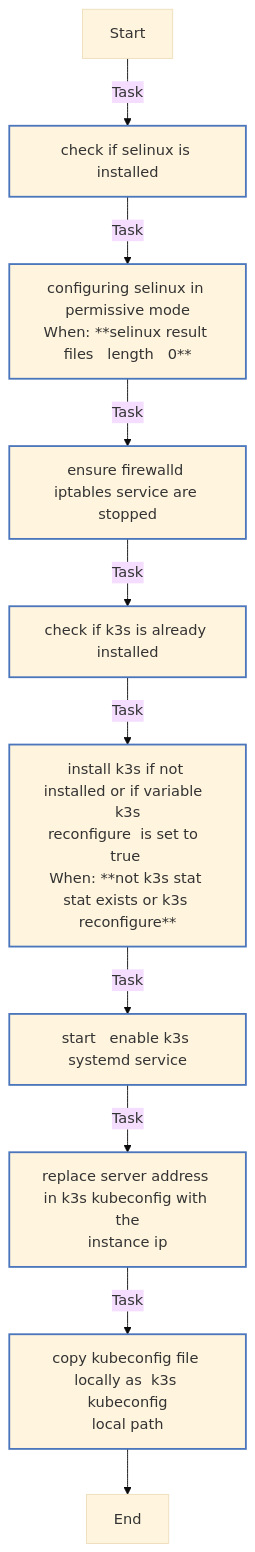
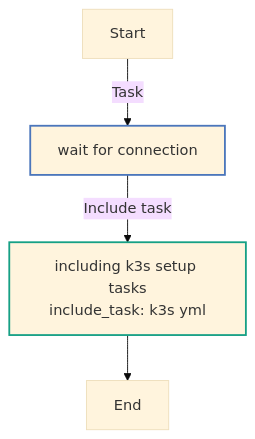
One commit to lesposito87/ansible-role-k3s changed the second of 2 diagrams in README.md. Above: the diagram before and after it, drawn with Mermaid (base theme). The commit also changed other lines of this file, not shown here.

````diff
--- a/README.md
+++ b/README.md
@@ -89,22 +98,16 @@
 ```mermaid
 flowchart TD
 Start
 classDef block stroke:#3498db,stroke-width:2px;
 classDef task stroke:#4b76bb,stroke-width:2px;
 classDef includeTasks stroke:#16a085,stroke-width:2px;
 classDef importTasks stroke:#34495e,stroke-width:2px;
 classDef includeRole stroke:#2980b9,stroke-width:2px;
 classDef importRole stroke:#699ba7,stroke-width:2px;
 classDef includeVars stroke:#8e44ad,stroke-width:2px;
 classDef rescue stroke:#665352,stroke-width:2px;
 
-  Start-->|Task| Check_if_SELinux_is_installed0[check if selinux is installed]:::task
-  Check_if_SELinux_is_installed0-->|Task| Configuring_SELinux_in_permissive_mode1[configuring selinux in permissive mode<br>When: **selinux result files   length   0**]:::task
-  Configuring_SELinux_in_permissive_mode1-->|Task| Ensure_Firewalld_Iptables_service_are_stopped2[ensure firewalld iptables service are stopped]:::task
-  Ensure_Firewalld_Iptables_service_are_stopped2-->|Task| Check_if_K3S_is_already_installed3[check if k3s is already installed]:::task
-  Check_if_K3S_is_already_installed3-->|Task| Install_K3S_if_not_installed_or_if_variable__k3s_reconfigure__is_set_to__true_4[install k3s if not installed or if variable  k3s<br>reconfigure  is set to  true <br>When: **not k3s stat stat exists or k3s reconfigure**]:::task
-  Install_K3S_if_not_installed_or_if_variable__k3s_reconfigure__is_set_to__true_4-->|Task| Start___Enable_k3s_systemd_service5[start   enable k3s systemd service]:::task
-  Start___Enable_k3s_systemd_service5-->|Task| Replace_server_address_in_K3s_kubeconfig_with_the_instance_ip6[replace server address in k3s kubeconfig with the<br>instance ip]:::task
-  Replace_server_address_in_K3s_kubeconfig_with_the_instance_ip6-->|Task| Copy_kubeconfig_file_locally_as__k3s_kubeconfig_local_path_7[copy kubeconfig file locally as  k3s kubeconfig<br>local path ]:::task
-  Copy_kubeconfig_file_locally_as__k3s_kubeconfig_local_path_7-->End
+  Start-->|Task| Wait_for_connection___0[wait for connection   ]:::task
+  Wait_for_connection___0-->|Include task| Including_K3s_setup_tasks_k3s_yml_1[including k3s setup tasks<br>include_task: k3s yml]:::includeTasks
+  Including_K3s_setup_tasks_k3s_yml_1-->End
 ```
````
